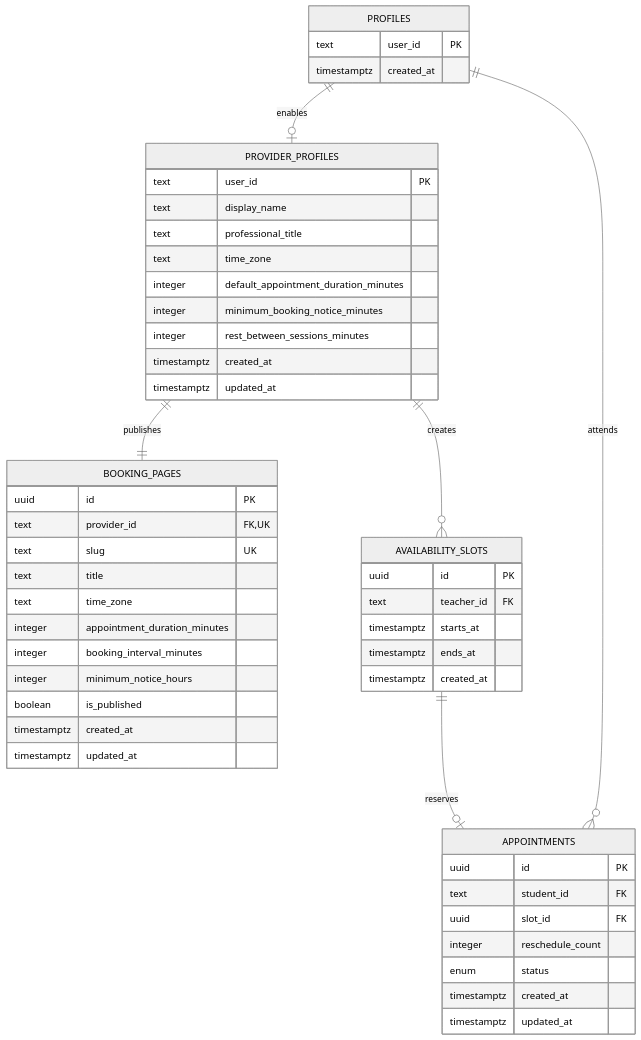
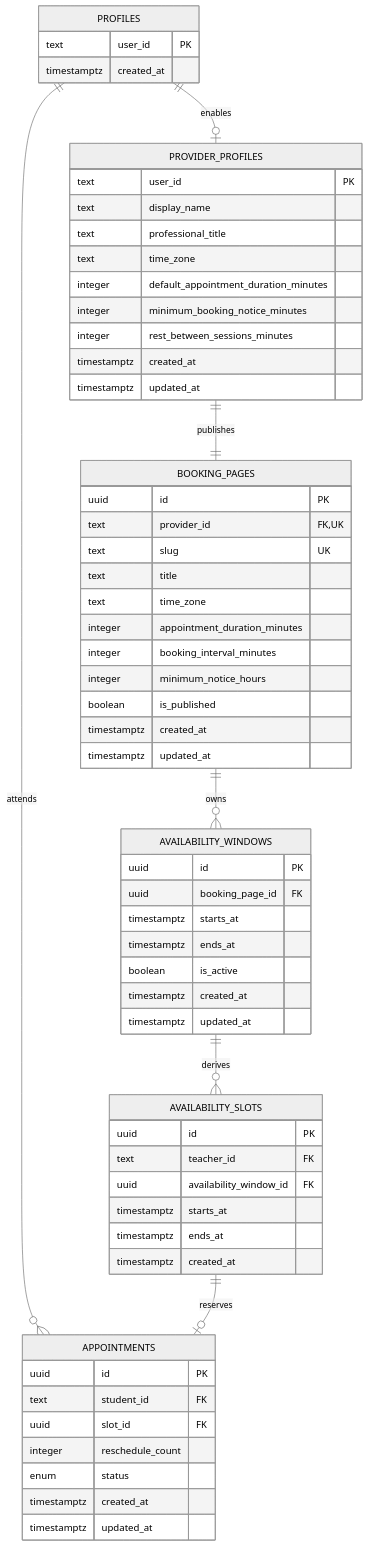
One commit to Asharp97/peerslot changed the second of 2 diagrams in README.md. Above: the diagram before and after it, drawn with Mermaid (neutral theme). The commit also changed other lines of this file and 27 other files, not shown here.

Commit message:
feat(availability-windows): derive slots from provider windows

````diff
--- a/README.md
+++ b/README.md
@@ -128,57 +128,69 @@
 ```mermaid
 erDiagram
     PROFILES ||--o| PROVIDER_PROFILES : enables
     PROVIDER_PROFILES ||--|| BOOKING_PAGES : publishes
-    PROVIDER_PROFILES ||--o{ AVAILABILITY_SLOTS : creates
+    BOOKING_PAGES ||--o{ AVAILABILITY_WINDOWS : owns
+    AVAILABILITY_WINDOWS ||--o{ AVAILABILITY_SLOTS : derives
     PROFILES ||--o{ APPOINTMENTS : attends
     AVAILABILITY_SLOTS ||--o| APPOINTMENTS : reserves
 
     PROFILES {
         text user_id PK
         timestamptz created_at
     }
 
     PROVIDER_PROFILES {
         text user_id PK
         text display_name
         text professional_title
         text time_zone
         integer default_appointment_duration_minutes
         integer minimum_booking_notice_minutes
         integer rest_between_sessions_minutes
         timestamptz created_at
         timestamptz updated_at
     }
 
     BOOKING_PAGES {
         uuid id PK
         text provider_id FK,UK
         text slug UK
         text title
         text time_zone
         integer appointment_duration_minutes
         integer booking_interval_minutes
         integer minimum_notice_hours
         boolean is_published
         timestamptz created_at
         timestamptz updated_at
     }
 
+    AVAILABILITY_WINDOWS {
+        uuid id PK
+        uuid booking_page_id FK
+        timestamptz starts_at
+        timestamptz ends_at
+        boolean is_active
+        timestamptz created_at
+        timestamptz updated_at
+    }
+
     AVAILABILITY_SLOTS {
         uuid id PK
         text teacher_id FK
+        uuid availability_window_id FK
         timestamptz starts_at
         timestamptz ends_at
         timestamptz created_at
     }
 
     APPOINTMENTS {
         uuid id PK
         text student_id FK
         uuid slot_id FK
         integer reschedule_count
         enum status
         timestamptz created_at
         timestamptz updated_at
     }
 ```
````
